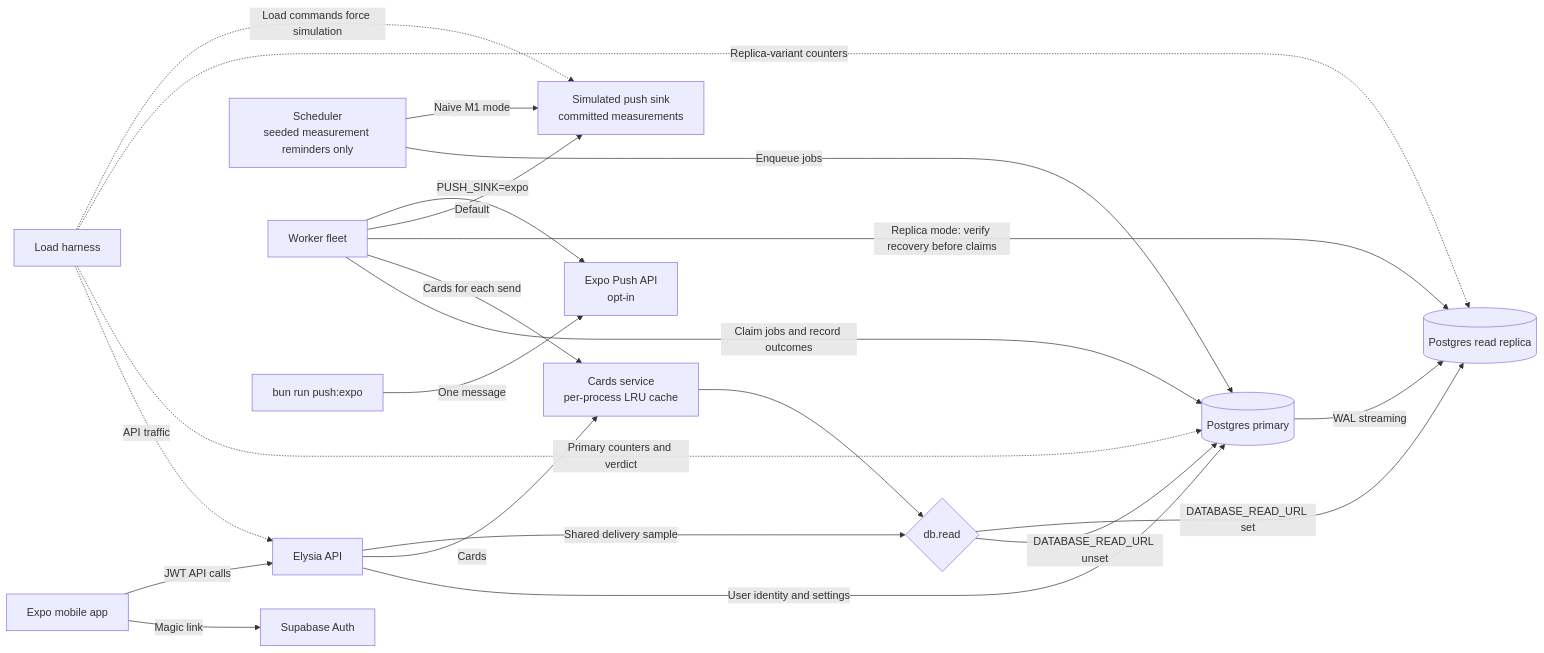
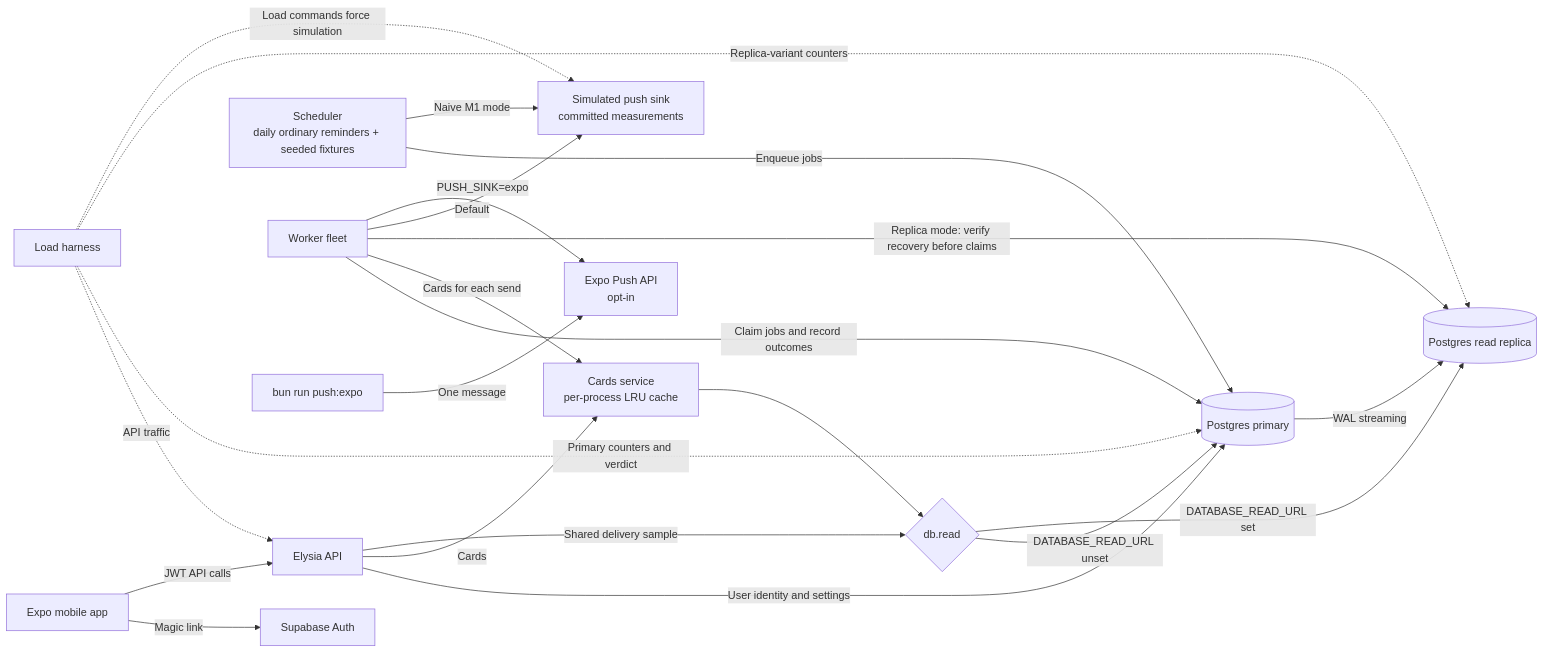
Before and after one commit to AndrewDongminYoo/peak-fanout: the diagram in README.md, drawn with Mermaid. The commit also changed other lines of this file and 27 other files, not shown here.

First line of the commit message:
feat(scheduler): schedule daily reminders for ordinary users (#67)

````diff
--- a/README.md
+++ b/README.md
@@ -139,28 +140,28 @@
 ```mermaid
 flowchart LR
   mobile["Expo mobile app"] -->|"Magic link"| auth["Supabase Auth"]
   mobile -->|"JWT API calls"| api["Elysia API"]
 
   api -->|"User identity and settings"| primary[("Postgres primary")]
-  scheduler["Scheduler<br/>seeded measurement reminders only"] -->|"Enqueue jobs"| primary
+  scheduler["Scheduler<br/>daily ordinary reminders + seeded fixtures"] -->|"Enqueue jobs"| primary
   scheduler -->|"Naive M1 mode"| simulated["Simulated push sink<br/>committed measurements"]
   workers["Worker fleet"] -->|"Claim jobs and record outcomes"| primary
 
   api -->|"Cards"| cards["Cards service<br/>per-process LRU cache"]
   workers -->|"Cards for each send"| cards
   api -->|"Shared delivery sample"| reads{"db.read"}
   cards --> reads
   reads -->|"DATABASE_READ_URL unset"| primary
   reads -->|"DATABASE_READ_URL set"| replica[("Postgres read replica")]
   primary -->|"WAL streaming"| replica
   workers -->|"Replica mode: verify recovery before claims"| replica
 
   workers -->|"Default"| simulated
   workers -->|"PUSH_SINK=expo"| expo["Expo Push API<br/>opt-in"]
   manual["bun run push:expo"] -->|"One message"| expo
 
   harness["Load harness"] -.->|"API traffic"| api
   harness -.->|"Primary counters and verdict"| primary
   harness -.->|"Replica-variant counters"| replica
   harness -.->|"Load commands force simulation"| simulated
 ```
````
